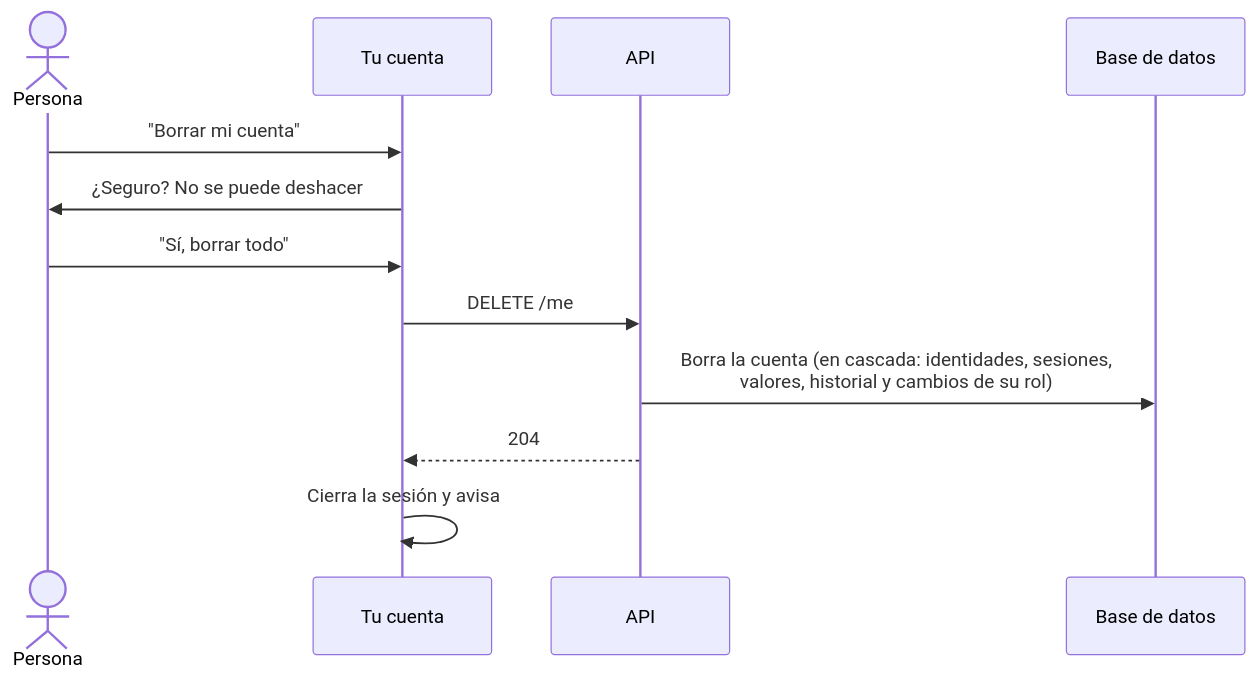
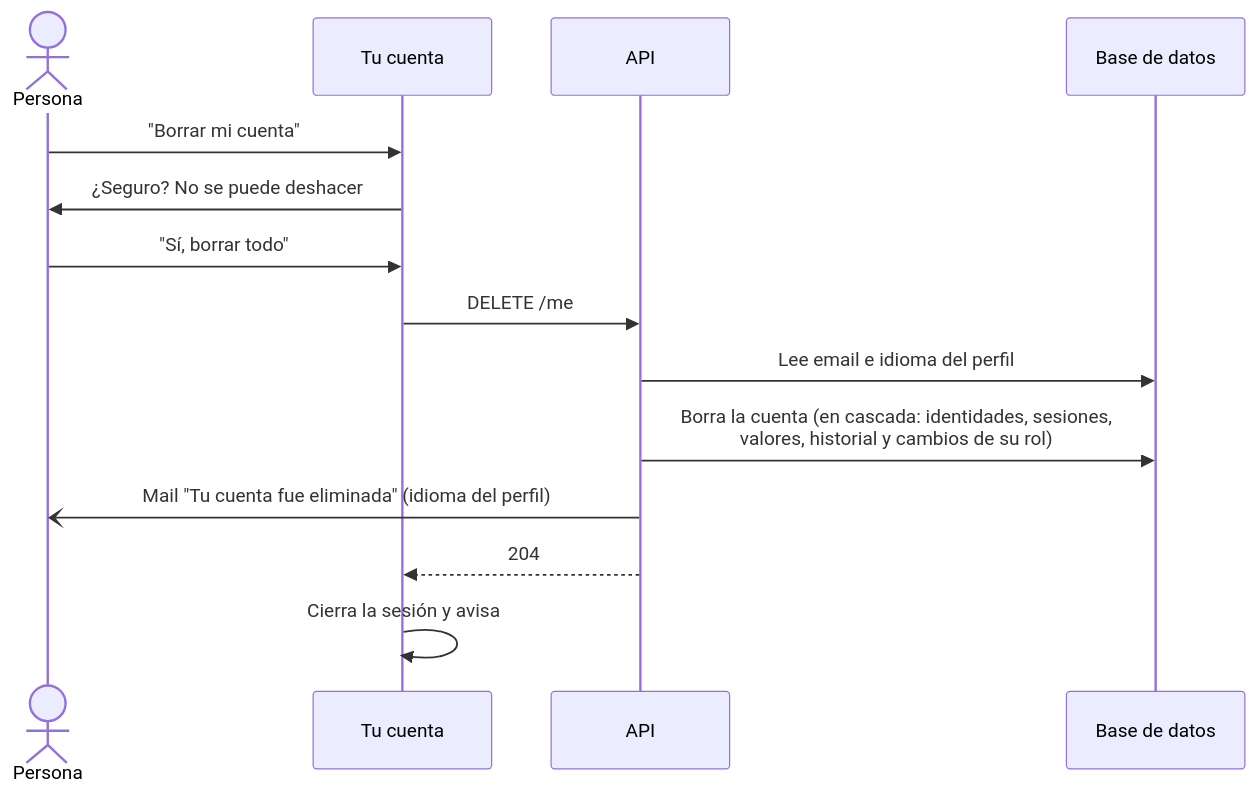
One commit to inzumer/milimon-docs changed the first of 2 diagrams in src/content/docs/como-funciona/borrado-de-cuenta.md. Above: the diagram before and after it, drawn with Mermaid. The commit also changed other lines of this file and 2 other files, not shown here.

Commit message:
docs: transactional emails page and email steps in sign-in and account deletion flows

````diff
--- a/src/content/docs/como-funciona/borrado-de-cuenta.md
+++ b/src/content/docs/como-funciona/borrado-de-cuenta.md
@@ -10,15 +10,17 @@
 ```mermaid
 sequenceDiagram
   actor P as Persona
   participant S as Tu cuenta
   participant A as API
   participant D as Base de datos
 
   P->>S: "Borrar mi cuenta"
   S->>P: ¿Seguro? No se puede deshacer
   P->>S: "Sí, borrar todo"
   S->>A: DELETE /me
+  A->>D: Lee email e idioma del perfil
   A->>D: Borra la cuenta (en cascada: identidades, sesiones,<br/>valores, historial y cambios de su rol)
+  A-)P: Mail "Tu cuenta fue eliminada" (idioma del perfil)
   A-->>S: 204
   S->>S: Cierra la sesión y avisa
 ```
````
